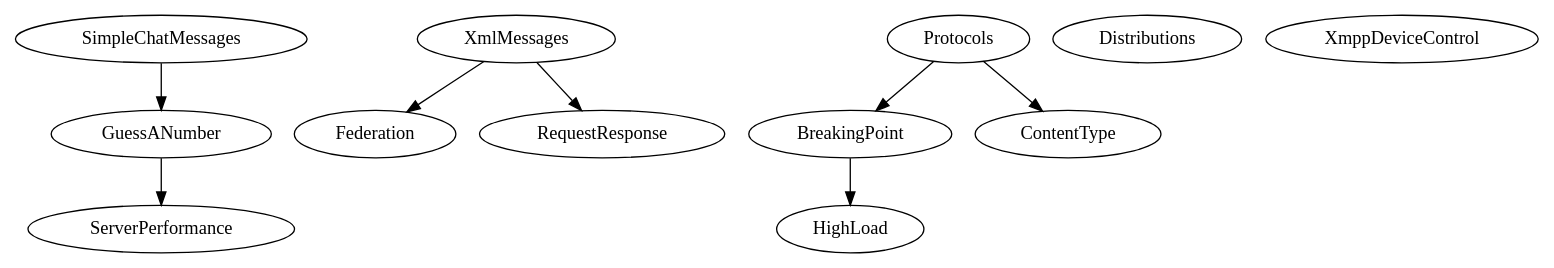
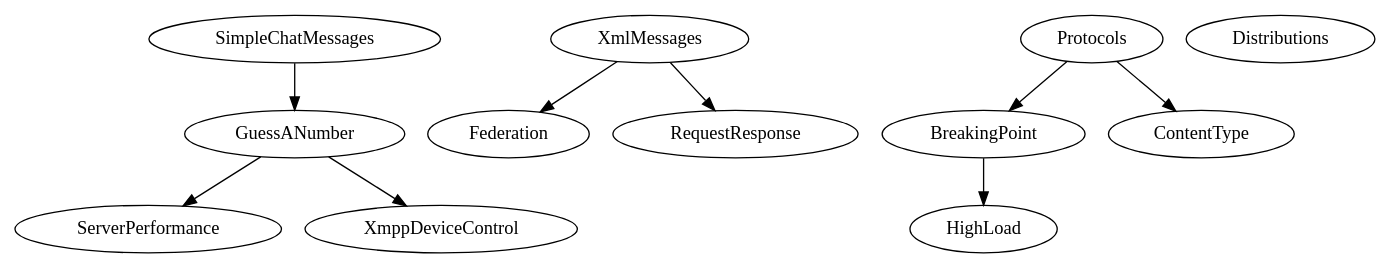
Before and after one commit to Trust-Anchor-Group/ComSim: the diagram in TODO.md, drawn with Graphviz. The commit also changed 1 other file, not shown here.

Commit message:
Updating examples chart

````diff
--- a/TODO.md
+++ b/TODO.md
@@ -115,13 +115,13 @@
 ```dot
 digraph G {
 SimpleChatMessages -> GuessANumber
 GuessANumber -> ServerPerformance
 XmlMessages -> Federation
 XmlMessages -> RequestResponse
 Protocols -> BreakingPoint
 BreakingPoint -> HighLoad
 Protocols -> ContentType
 Distributions
-XmppDeviceControl
+GuessANumber -> XmppDeviceControl
 }
 ```
````
